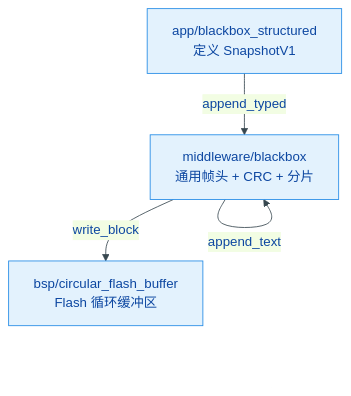
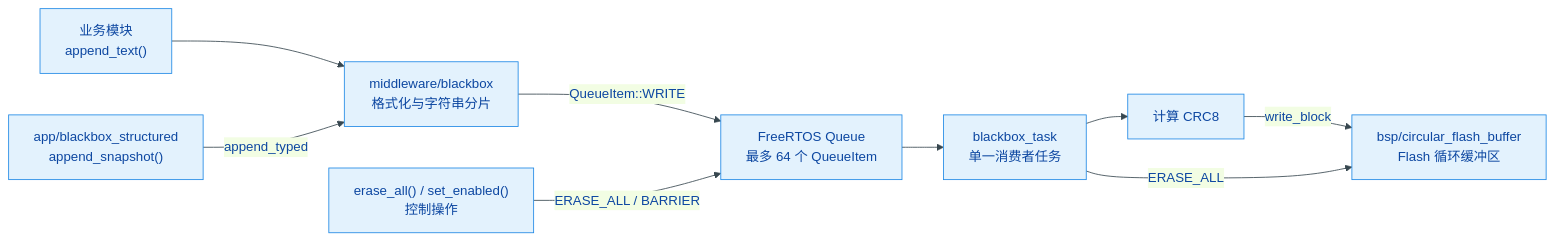
One commit to qingmeijiupiao/Wireless_power_meter_lite changed the first of 5 diagrams in components/middleware/blackbox/README.md. Above: the diagram before and after it, drawn with Mermaid. The commit also changed other lines of this file and 4 other files, not shown here.

````diff
--- a/components/middleware/blackbox/README.md
+++ b/components/middleware/blackbox/README.md
@@ -41,7 +43,12 @@
 ```mermaid
 %%{init: { 'theme': 'base', 'themeVariables': { 'primaryColor': '#E3F2FD', 'primaryBorderColor': '#1E88E5', 'primaryTextColor': '#0D47A1', 'lineColor': '#37474F' } }}%%
-flowchart TD
-    APP["app/blackbox_structured<br/>定义 SnapshotV1"] -->|append_typed| MW["middleware/blackbox<br/>通用帧头 + CRC + 分片"]
-    MW -->|write_block| BSP["bsp/circular_flash_buffer<br/>Flash 循环缓冲区"]
-    MW -->|append_text| MW
+flowchart LR
+    TEXT["业务模块<br/>append_text()"] --> BUILD["middleware/blackbox<br/>格式化与字符串分片"]
+    APP["app/blackbox_structured<br/>append_snapshot()"] -->|append_typed| BUILD
+    BUILD -->|QueueItem::WRITE| QUEUE["FreeRTOS Queue<br/>最多 64 个 QueueItem"]
+    CTRL["erase_all() / set_enabled()<br/>控制操作"] -->|ERASE_ALL / BARRIER| QUEUE
+    QUEUE --> TASK["blackbox_task<br/>单一消费者任务"]
+    TASK --> CRC["计算 CRC8"]
+    CRC -->|write_block| BSP["bsp/circular_flash_buffer<br/>Flash 循环缓冲区"]
+    TASK -->|ERASE_ALL| BSP
 ```
````
